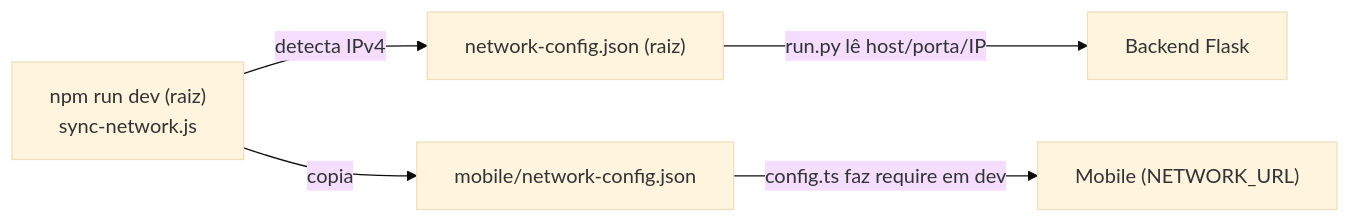
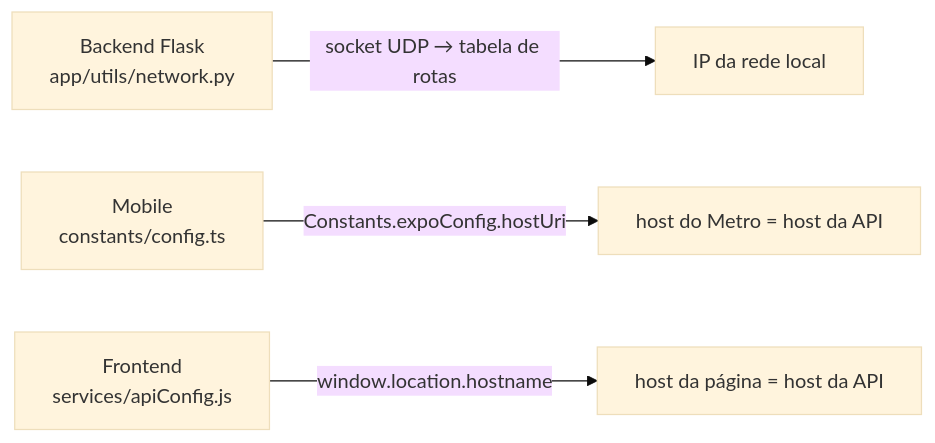
The fourth of 4 diagrams in docs/arquitetura.md (caique-az/luxus-brecho), drawn with Mermaid (base theme) before and after one commit. The commit also changed other lines of this file and 9 other files, not shown here.

````diff
--- a/docs/arquitetura.md
+++ b/docs/arquitetura.md
@@ -238,7 +238,6 @@
 ```mermaid
 graph LR
-    A["npm run dev (raiz)<br/>sync-network.js"] -->|detecta IPv4| B["network-config.json (raiz)"]
-    A -->|copia| C["mobile/network-config.json"]
-    B -->|run.py lê host/porta/IP| D["Backend Flask"]
-    C -->|config.ts faz require em dev| E["Mobile (NETWORK_URL)"]
+    A["Backend Flask<br/>app/utils/network.py"] -->|socket UDP → tabela de rotas| B["IP da rede local"]
+    C["Mobile<br/>constants/config.ts"] -->|Constants.expoConfig.hostUri| D["host do Metro = host da API"]
+    E["Frontend<br/>services/apiConfig.js"] -->|window.location.hostname| F["host da página = host da API"]
 ```
````
